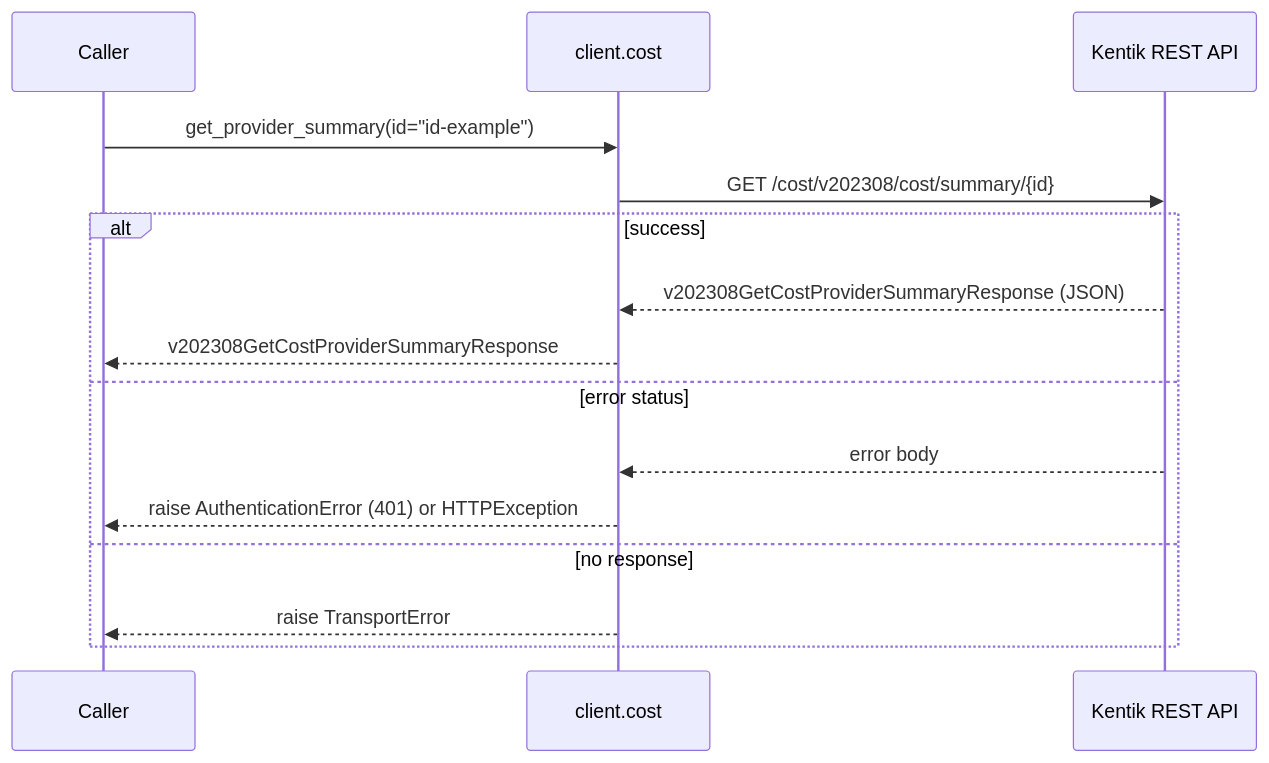
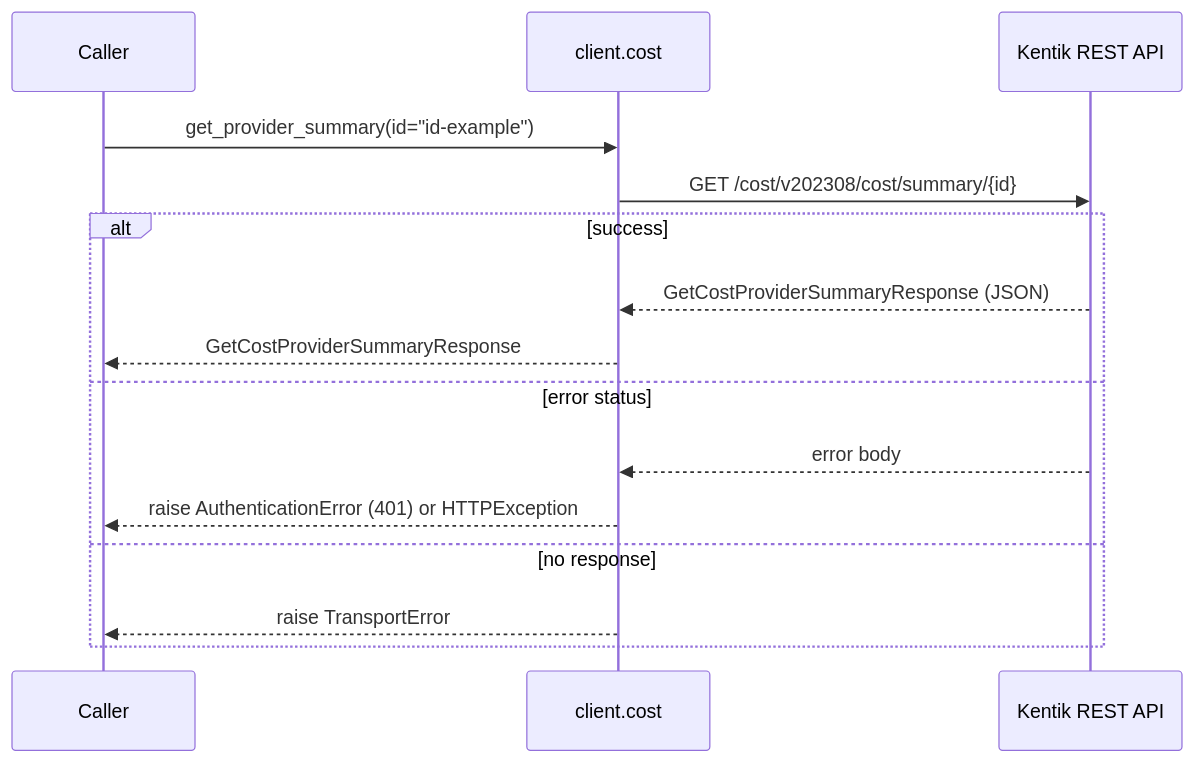
One commit to alexdearaujo/community_sdk_python changed the sixth of 8 diagrams in docs/sphinx/services/cost.md. Above: the diagram before and after it, drawn with Mermaid. The commit also changed other lines of this file and 38 other files, not shown here.

````diff
--- a/docs/sphinx/services/cost.md
+++ b/docs/sphinx/services/cost.md
@@ -180,18 +180,18 @@
 ```mermaid
 sequenceDiagram
     participant C as Caller
     participant W as client.cost
     participant API as Kentik REST API
 
     C->>W: get_provider_summary(id="id-example")
     W->>API: GET /cost/v202308/cost/summary/{id}
     alt success
-        API-->>W: v202308GetCostProviderSummaryResponse (JSON)
-        W-->>C: v202308GetCostProviderSummaryResponse
+        API-->>W: GetCostProviderSummaryResponse (JSON)
+        W-->>C: GetCostProviderSummaryResponse
     else error status
         API-->>W: error body
         W-->>C: raise AuthenticationError (401) or HTTPException
     else no response
         W-->>C: raise TransportError
     end
 ```
````
